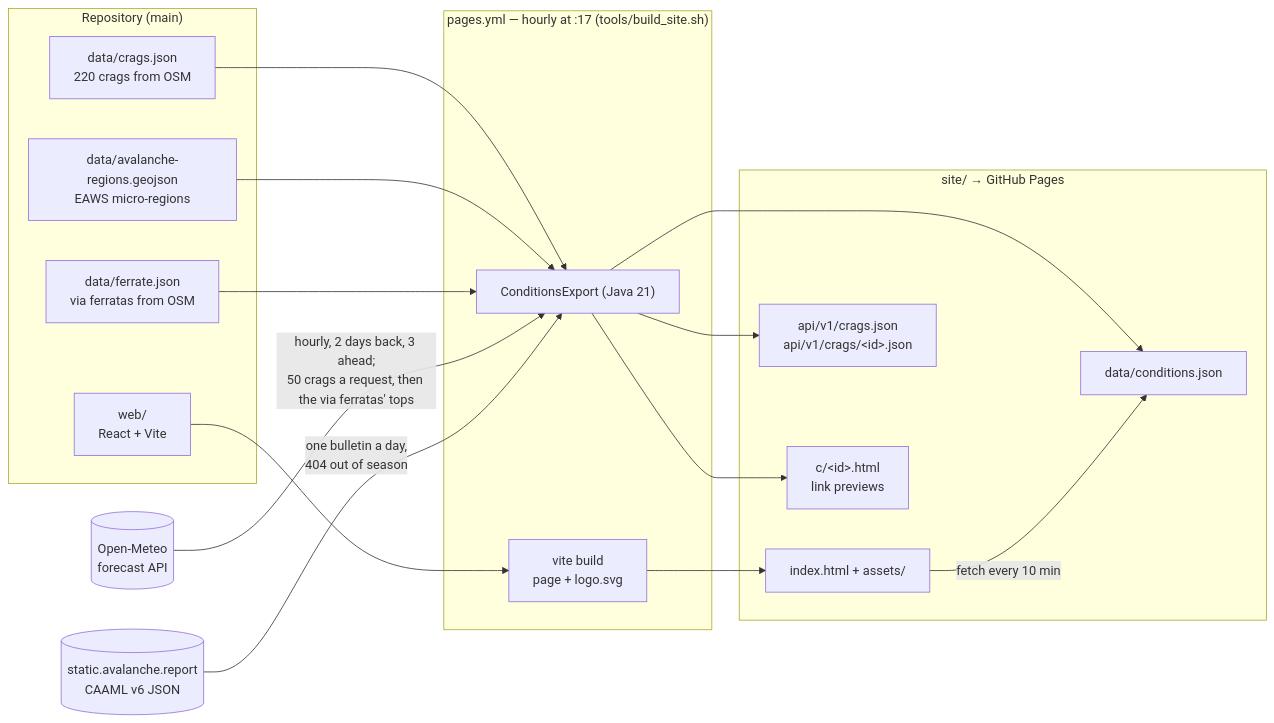
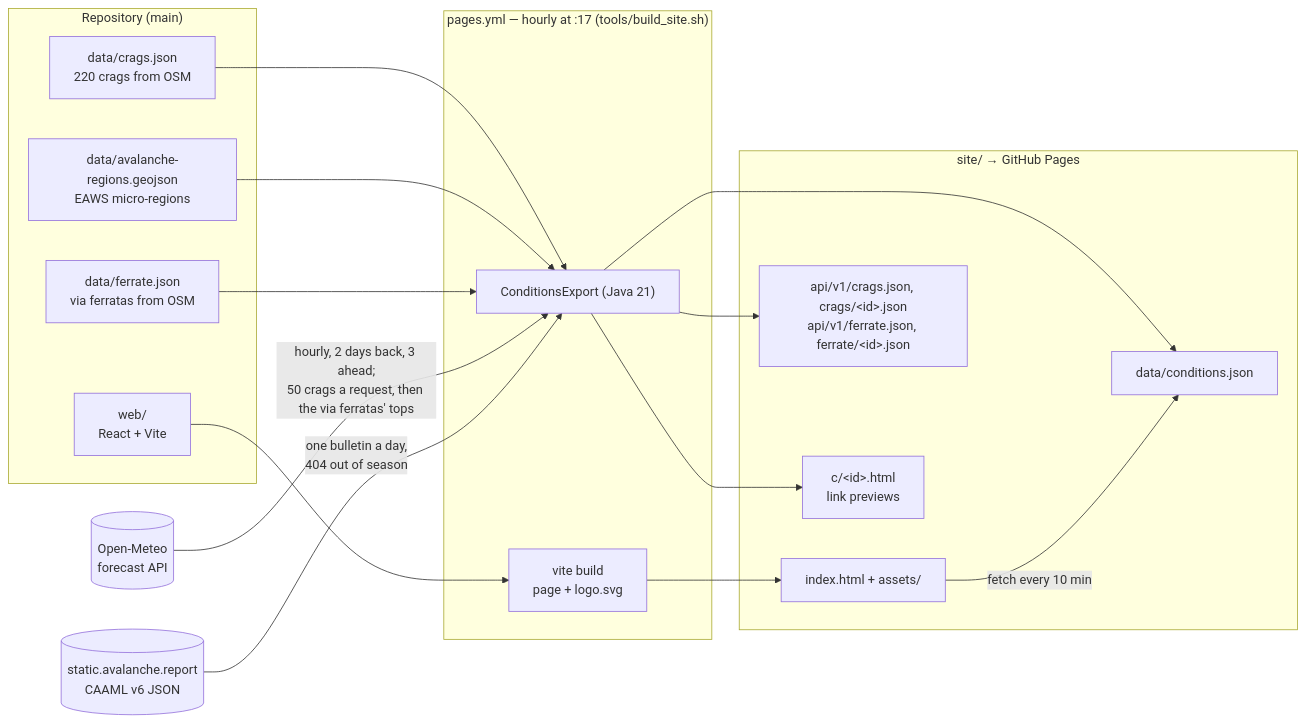
One commit to Allan-Nava/cragcast changed the first of 2 diagrams in docs/ARCHITECTURE.md. Above: the diagram before and after it, drawn with Mermaid. The commit also changed other lines of this file and 27 other files, not shown here.

````diff
--- a/docs/ARCHITECTURE.md
+++ b/docs/ARCHITECTURE.md
@@ -19,29 +19,29 @@
 ```mermaid
 flowchart LR
   subgraph repo["Repository (main)"]
     crags["data/crags.json<br/>220 crags from OSM"]
     regions["data/avalanche-regions.geojson<br/>EAWS micro-regions"]
     ferrate["data/ferrate.json<br/>via ferratas from OSM"]
     web["web/<br/>React + Vite"]
   end
   subgraph action["pages.yml — hourly at :17 (tools/build_site.sh)"]
     vite["vite build<br/>page + logo.svg"]
     export["ConditionsExport (Java 21)"]
   end
   meteo[("Open-Meteo<br/>forecast API")]
   eaws[("static.avalanche.report<br/>CAAML v6 JSON")]
   subgraph site["site/ → GitHub Pages"]
     page["index.html + assets/"]
     data["data/conditions.json"]
-    api["api/v1/crags.json<br/>api/v1/crags/&lt;id&gt;.json"]
+    api["api/v1/crags.json, crags/&lt;id&gt;.json<br/>api/v1/ferrate.json, ferrate/&lt;id&gt;.json"]
     share["c/&lt;id&gt;.html<br/>link previews"]
   end
   web --> vite --> page
   crags --> export
   regions --> export
   ferrate --> export
   meteo -- "hourly, 2 days back, 3 ahead;<br/>50 crags a request, then the via ferratas' tops" --> export
   eaws -- "one bulletin a day,<br/>404 out of season" --> export
   export --> data & api & share
   page -- "fetch every 10 min" --> data
 ```
````
